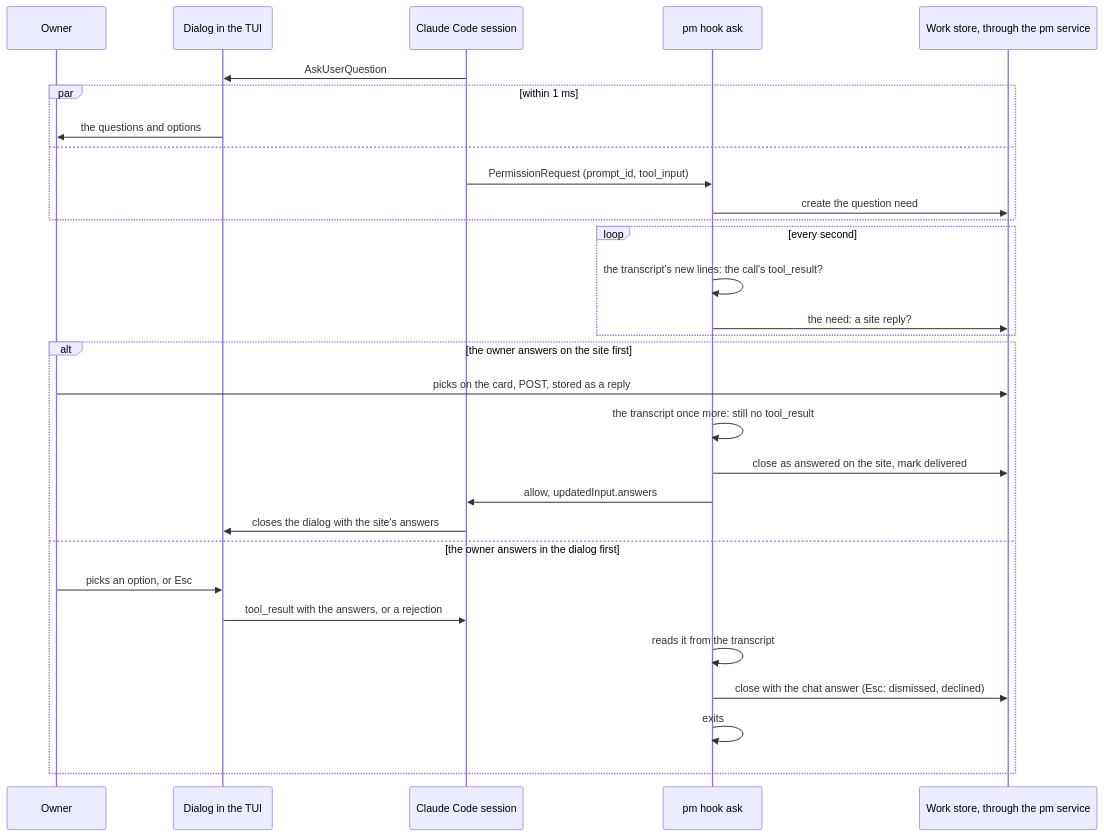
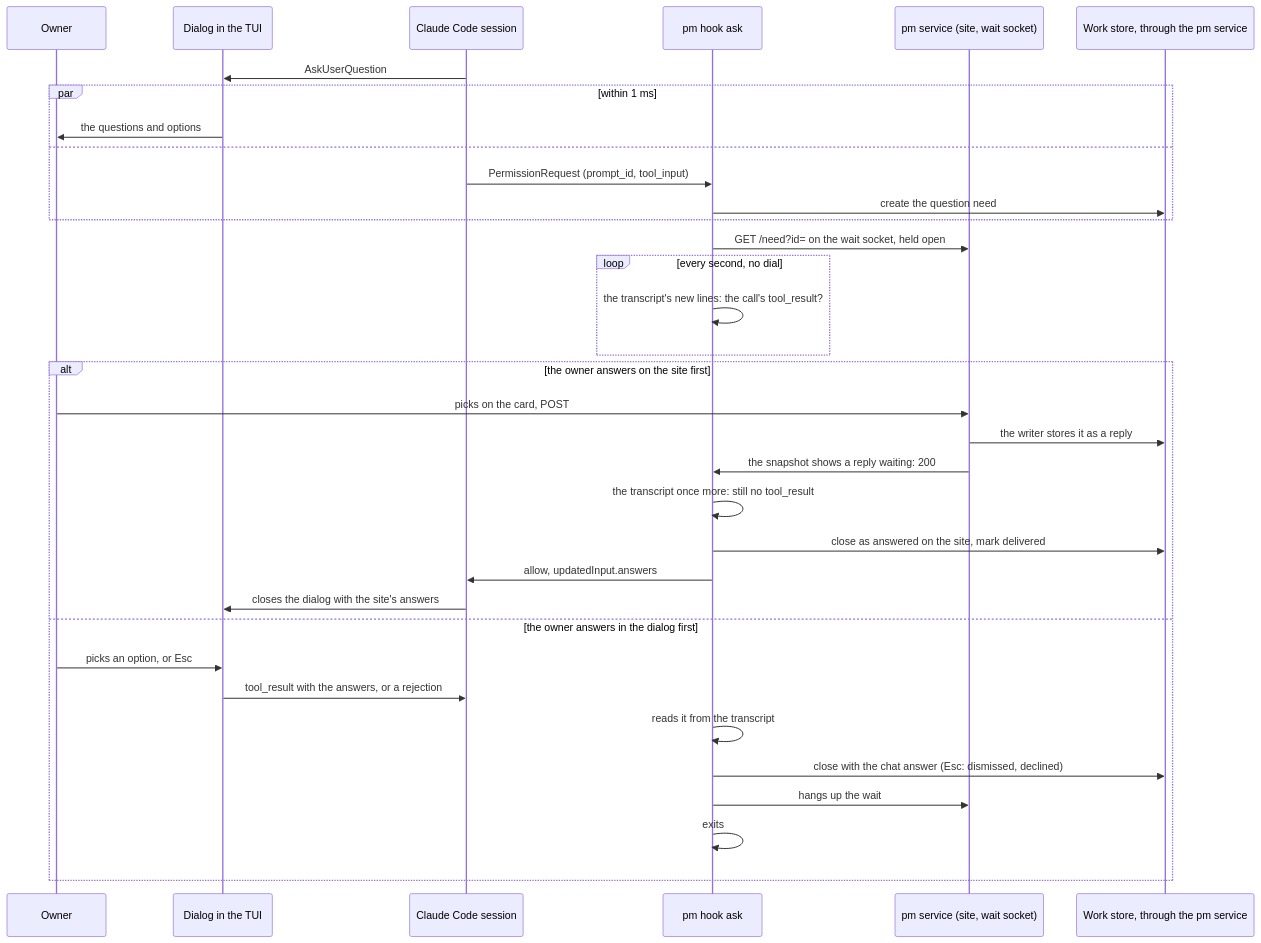
Before and after one commit to Yeeef/pm: the first of 3 diagrams in design/owner-questions.md, drawn with Mermaid. The commit also changed other lines of this file, not shown here.

Commit message:
Owner questions: the Claude Code hook waits for the site on one call to the pm service's wait socket

````diff
--- a/design/owner-questions.md
+++ b/design/owner-questions.md
@@ -142,32 +143,36 @@
 ```mermaid
 sequenceDiagram
   participant O as Owner
   participant D as Dialog in the TUI
   participant A as Claude Code session
   participant H as pm hook ask
+  participant S as pm service (site, wait socket)
   participant W as Work store, through the pm service
   A->>D: AskUserQuestion
   par within 1 ms
     D->>O: the questions and options
   and
     A->>H: PermissionRequest (prompt_id, tool_input)
     H->>W: create the question need
   end
-  loop every second
+  H->>S: GET /need?id= on the wait socket, held open
+  loop every second, no dial
     H->>H: the transcript's new lines: the call's tool_result?
-    H->>W: the need: a site reply?
   end
   alt the owner answers on the site first
-    O->>W: picks on the card, POST, stored as a reply
+    O->>S: picks on the card, POST
+    S->>W: the writer stores it as a reply
+    S->>H: the snapshot shows a reply waiting: 200
     H->>H: the transcript once more: still no tool_result
     H->>W: close as answered on the site, mark delivered
     H->>A: allow, updatedInput.answers
     A->>D: closes the dialog with the site's answers
   else the owner answers in the dialog first
     O->>D: picks an option, or Esc
     D->>A: tool_result with the answers, or a rejection
     H->>H: reads it from the transcript
     H->>W: close with the chat answer (Esc: dismissed, declined)
+    H->>S: hangs up the wait
     H->>H: exits
   end
 ```
````
